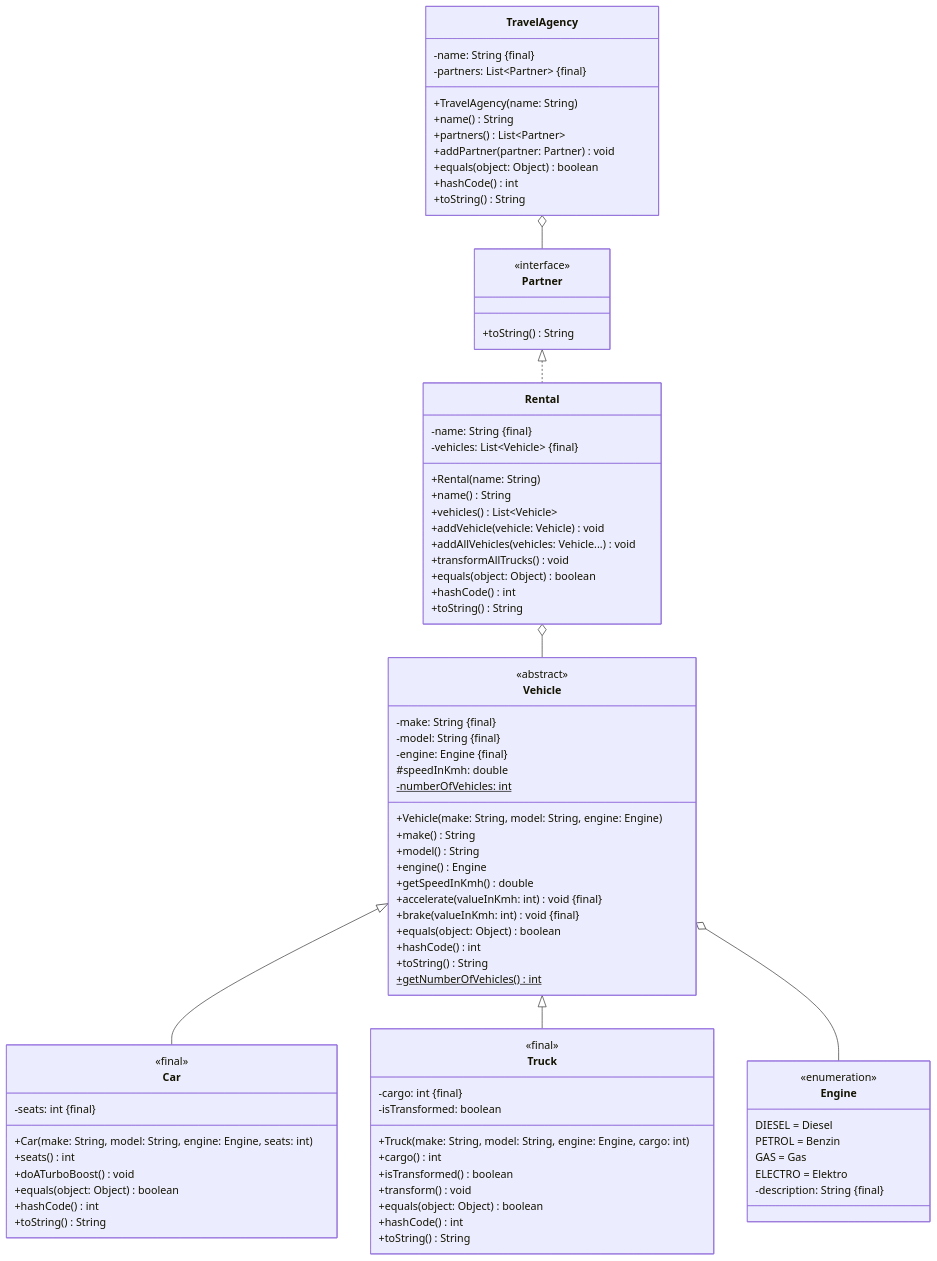
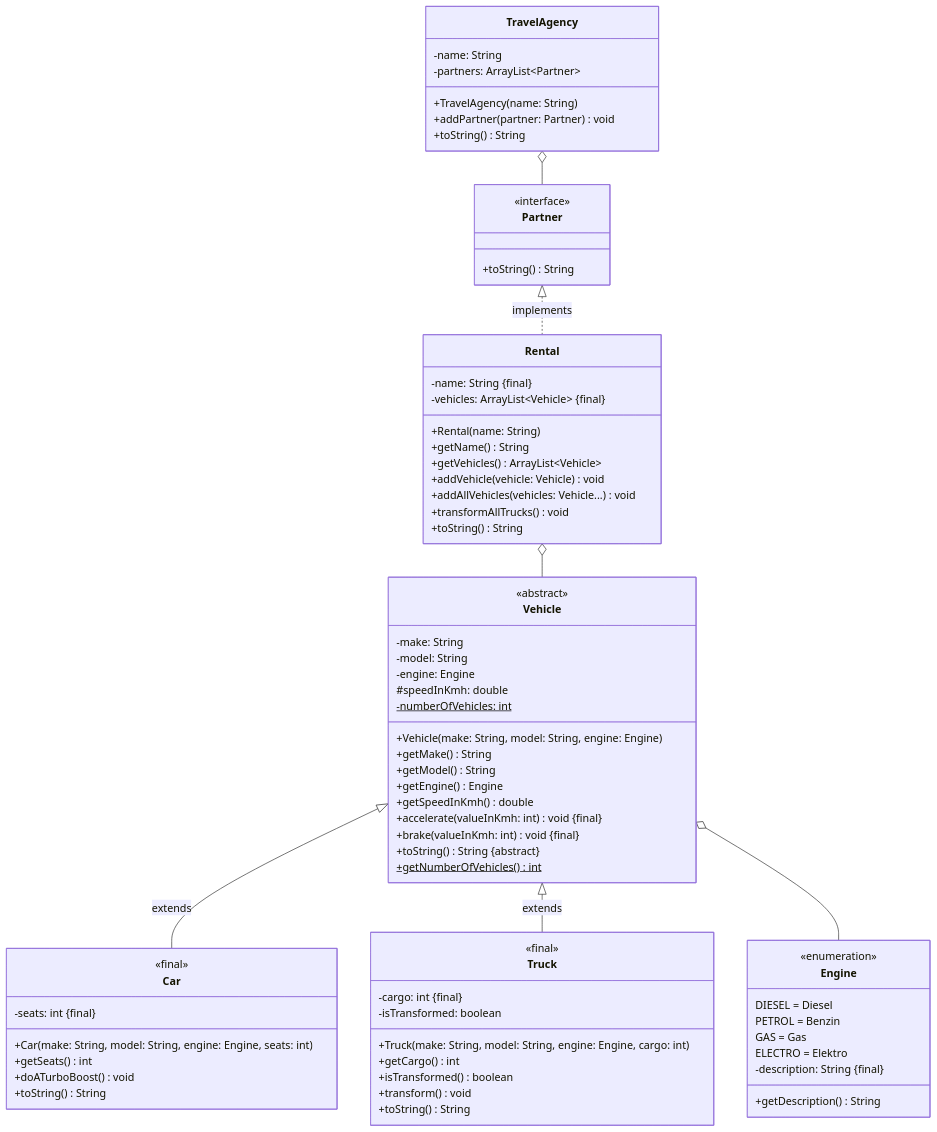
The diagram in docs/exercises/interfaces/interfaces01.mdx (jappuccini/java-docs), drawn with Mermaid before and after one commit. The commit also changed 5 other files, not shown here.

Commit message:
fix mermaid diagrams to match solution

````diff
--- a/docs/exercises/interfaces/interfaces01.mdx
+++ b/docs/exercises/interfaces/interfaces01.mdx
@@ -19,29 +19,28 @@
 ```mermaid
 classDiagram
-    Vehicle <|-- Car
-    Vehicle <|-- Truck
+    Vehicle <|-- Car : extends
+    Vehicle <|-- Truck : extends
     Vehicle o-- Engine
     Rental o-- Vehicle
-    Partner <|.. Rental
+    Partner <|.. Rental : implements
     TravelAgency o-- Partner
 
     class Vehicle {
         <<abstract>>
-        -make: String &#123final&#125
-        -model: String &#123final&#125
-        -engine: Engine &#123final&#125
+        -make: String
+        -model: String
+        -engine: Engine
         #speedInKmh: double
         -numberOfVehicles: int$
+
         +Vehicle(make: String, model: String, engine: Engine)
-        +make() String
-        +model() String
-        +engine() Engine
+        +getMake() String
+        +getModel() String
+        +getEngine() Engine
         +getSpeedInKmh() double
         +accelerate(valueInKmh: int) void &#123final&#125
         +brake(valueInKmh: int) void &#123final&#125
-        +equals(object: Object) boolean
-        +hashCode() int
-        +toString() String
+        +toString() String &#123abstract&#125
         +getNumberOfVehicles()$ int
     }
 
@@ -52,16 +51,15 @@
         GAS = Gas
         ELECTRO = Elektro
         -description: String &#123final&#125
+        +getDescription() String
     }
 
     class Car {
         <<final>>
         -seats: int &#123final&#125
         +Car(make: String, model: String, engine: Engine, seats: int)
-        +seats() int
+        +getSeats() int
         +doATurboBoost() void
-        +equals(object: Object) boolean
-        +hashCode() int
         +toString() String
     }
 
@@ -70,25 +68,21 @@
         -cargo: int &#123final&#125
         -isTransformed: boolean
         +Truck(make: String, model: String, engine: Engine, cargo: int)
-        +cargo() int
+        +getCargo() int
         +isTransformed() boolean
         +transform() void
-        +equals(object: Object) boolean
-        +hashCode() int
         +toString() String
     }
 
     class Rental {
         -name: String &#123final&#125
-        -vehicles: List~Vehicle~ &#123final&#125
+        -vehicles: ArrayList~Vehicle~ &#123final&#125
         +Rental(name: String)
-        +name() String
-        +vehicles() List~Vehicle~
+        +getName() String
+        +getVehicles() ArrayList~Vehicle~
         +addVehicle(vehicle: Vehicle) void
         +addAllVehicles(vehicles: Vehicle...) void
         +transformAllTrucks() void
-        +equals(object: Object) boolean
-        +hashCode() int
         +toString() String
     }
 
@@ -98,14 +92,10 @@
     }
 
     class TravelAgency {
-        -name: String &#123final&#125
-        -partners: List~Partner~ &#123final&#125
+        -name: String
+        -partners: ArrayList~Partner~
         +TravelAgency(name: String)
-        +name() String
-        +partners() List~Partner~
         +addPartner(partner: Partner) void
-        +equals(object: Object) boolean
-        +hashCode() int
         +toString() String
     }
 ```
````
